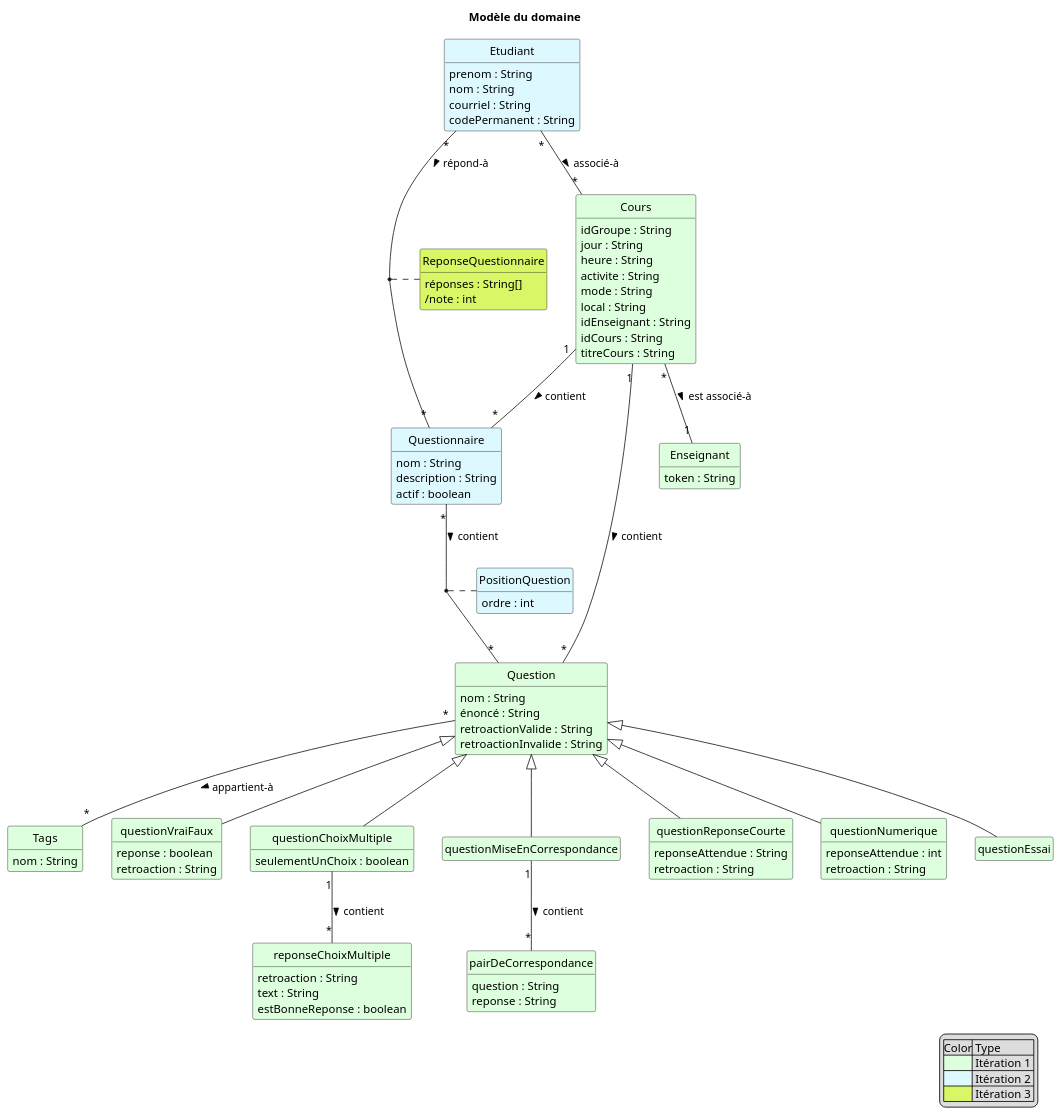
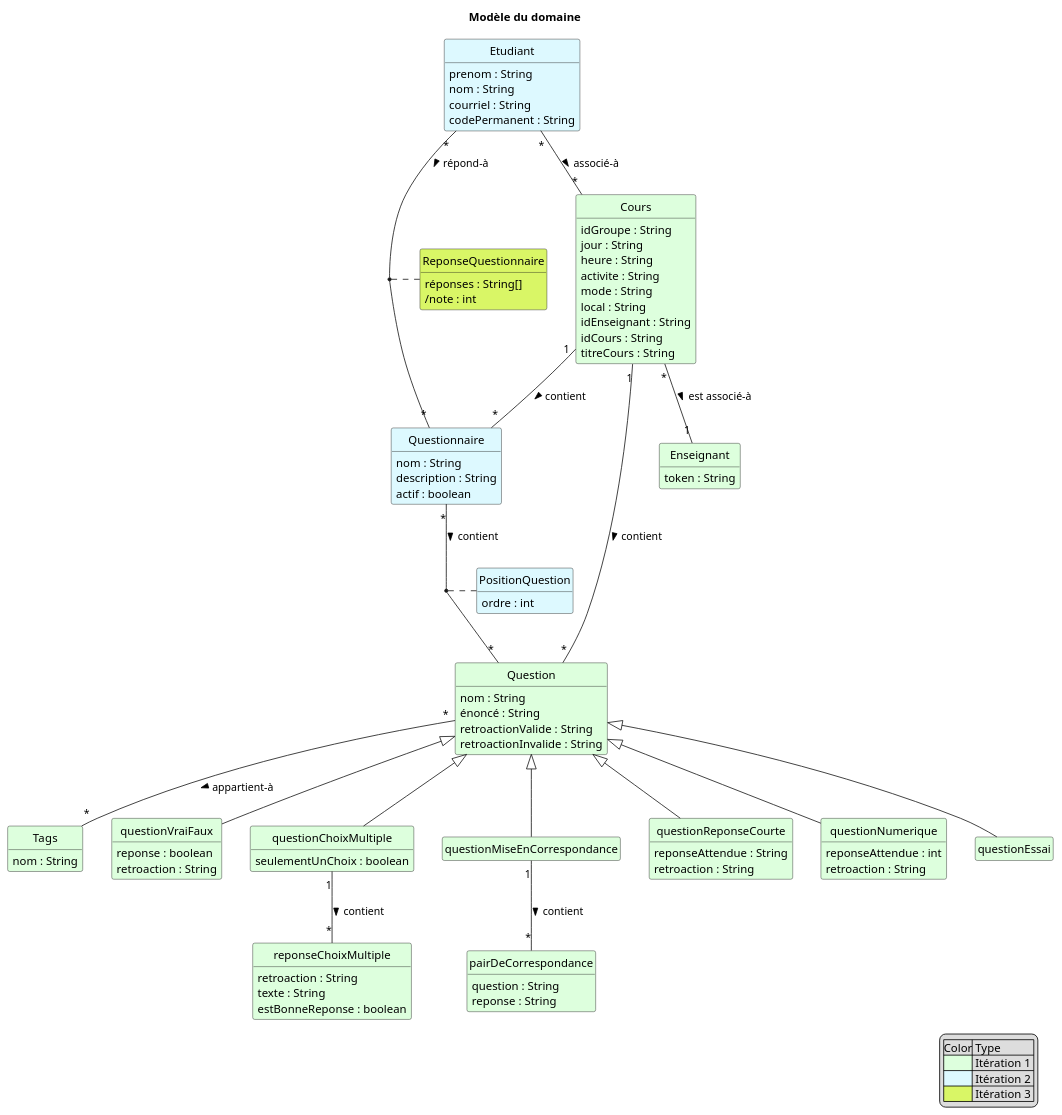
One commit to xMrYahya/moodle-clone changed the diagram in docs/modeles/mdd.puml. Above: the diagram before and after it, drawn with PlantUML. The commit also changed 9 other files, not shown here.

Commit message:
fix de diagrammes

```diff
--- a/docs/modeles/mdd.puml
+++ b/docs/modeles/mdd.puml
@@ -1,113 +1,113 @@
 @startuml MDD_SGB_SGA
 skinparam style strictuml
 'skinparam backgroundcolor transparent
 hide methods
 hide empty members
 'left to right direction
 title Modèle du domaine
 
 skinparam class {
   BackgroundColor<< SGB >> #ddffdd
   backgroundColor<<Itération 1>> #ddffdd
   backgroundColor<<Itération 2>> #ddf9ff
   backgroundColor<<Itération 3>> #d9f666
 }
 hide stereotype
 
 
   ' Le concept de "Cours" dans SGA n'est pas un groupe-cours
   class "Question" as question <<Itération 1>> {
   nom : String
   énoncé : String
   ' reponse a la question
   retroactionValide : String
   retroactionInvalide : String
   }
   class "Tags" as tags <<Itération 1>>{
     nom : String
   }
   class "questionVraiFaux" as qvf <<Itération 1>> extends question {
     reponse : boolean
     retroaction : String
   }
   class "questionChoixMultiple" as qcm <<Itération 1>> extends question {
     seulementUnChoix : boolean
   }
   class "reponseChoixMultiple" as rcm <<Itération 1>> {
     retroaction : String
-    text : String
+    texte : String
     estBonneReponse : boolean
   }
   class "questionMiseEnCorrespondance" as qmc <<Itération 1>> extends question {
     
   }
   class "pairDeCorrespondance" as pdc <<Itération 1>> {
     question : String
     reponse : String
   }
   class "questionReponseCourte" as qrc <<Itération 1>> extends question  {
     reponseAttendue : String
     retroaction : String
   }
   class "questionNumerique" as qn <<Itération 1>> extends question  {
     reponseAttendue : int
     retroaction : String
   }
   class "questionEssai" as qe <<Itération 1>> extends question  {
     
   }
   class "Enseignant" as ens <<Itération 1>> {
     token : String
   }
   class "Cours" as cours <<Itération 1>> {
     idGroupe : String
     jour : String
     heure : String
     activite : String
     mode : String
     local : String
     idEnseignant : String
     idCours : String
     titreCours : String
   }
   class "Etudiant" as etudiant <<Itération 2>>{
     prenom : String
     nom : String
     courriel : String
     codePermanent : String
   }
   class "Questionnaire" as questionnaire <<Itération 2>>{
     nom : String
     description : String
     actif : boolean
   }
   class "PositionQuestion" as position <<Itération 2>>{
     ordre : int
   }
   class "ReponseQuestionnaire" as reponseQuestionnaire <<Itération 3>> {
     réponses : String[]
     /note : int
   }
 
   etudiant "*" -- "*" cours : associé-à >
   cours "1" -- "*" question :contient >
   cours "*" -- "1" ens : est associé-à >
   question "*" -- "*" tags : appartient-à >
   qcm "1" -- "*" rcm : contient >
   qmc "1" -- "*" pdc : contient >
   cours "1" -- "*" questionnaire : contient >
   questionnaire "*" -- "*" question : contient >
   (questionnaire,question) .. position
 
 legend right
     |Color| Type |
     |<#ddffdd>| Itération 1 |
     |<#ddf9ff>| Itération 2 |
     |<#d9f666>| Itération 3 |
 endlegend
 
 
 
   etudiant "*" -- "*" questionnaire : répond-à >
   (etudiant,questionnaire) .. reponseQuestionnaire
 @enduml
```
